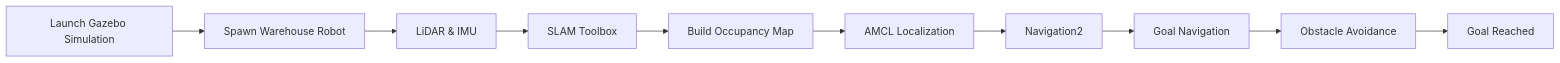
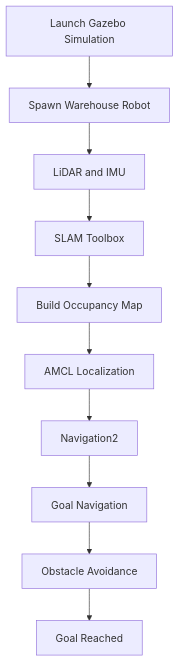
The first of 2 diagrams in README.md (sneha-016/Autonomous-Warehouse-Robot), drawn with Mermaid before and after one commit. The commit also changed other lines of this file, not shown here.

Commit message:
Fix and verticalize README Mermaid diagrams

````diff
--- a/README.md
+++ b/README.md
@@ -35,30 +35,12 @@
 ```mermaid
-flowchart LR
-
-A[Launch Gazebo Simulation]
---> B[Spawn Warehouse Robot]
-
-B
---> C[LiDAR & IMU]
-
-C
---> D[SLAM Toolbox]
-
-D
---> E[Build Occupancy Map]
-
-E
---> F[AMCL Localization]
-
-F
---> G[Navigation2]
-
-G
---> H[Goal Navigation]
-
-H
---> I[Obstacle Avoidance]
-
-I
---> J[Goal Reached]
+flowchart TD
+    A[Launch Gazebo Simulation] --> B[Spawn Warehouse Robot]
+    B --> C[LiDAR and IMU]
+    C --> D[SLAM Toolbox]
+    D --> E[Build Occupancy Map]
+    E --> F[AMCL Localization]
+    F --> G[Navigation2]
+    G --> H[Goal Navigation]
+    H --> I[Obstacle Avoidance]
+    I --> J[Goal Reached]
 ```
````
